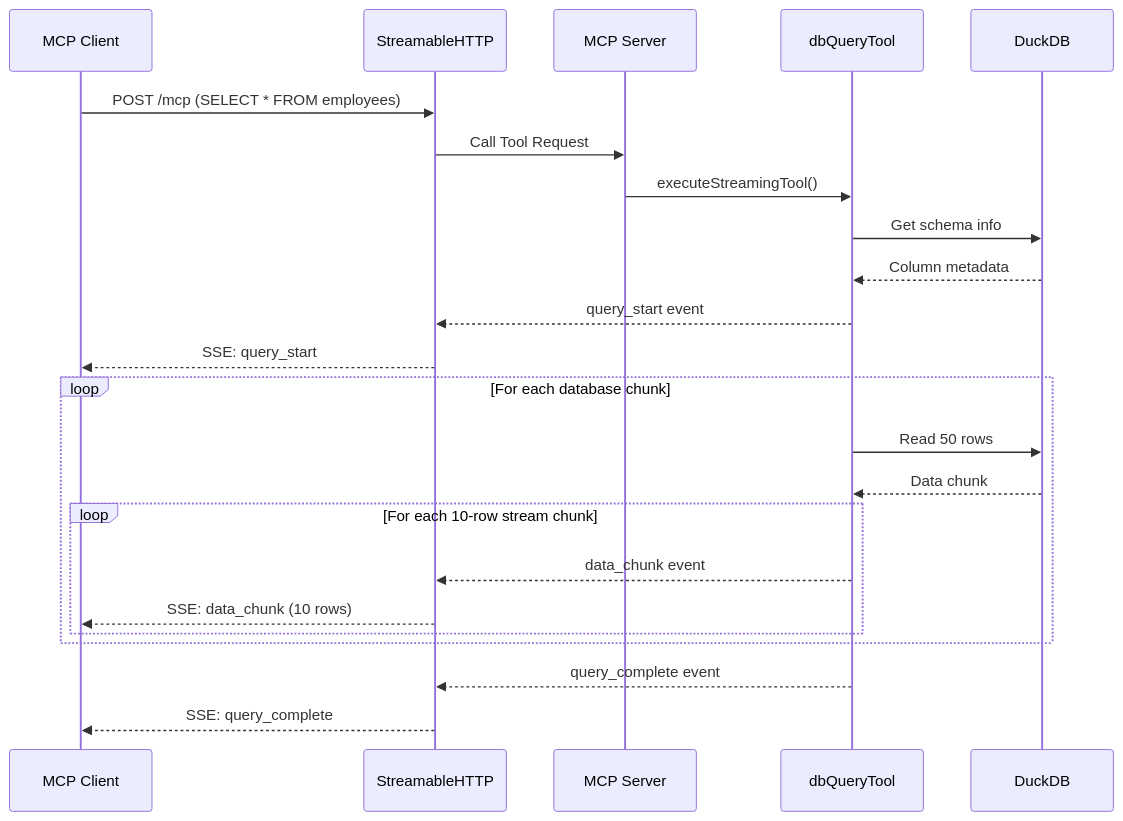
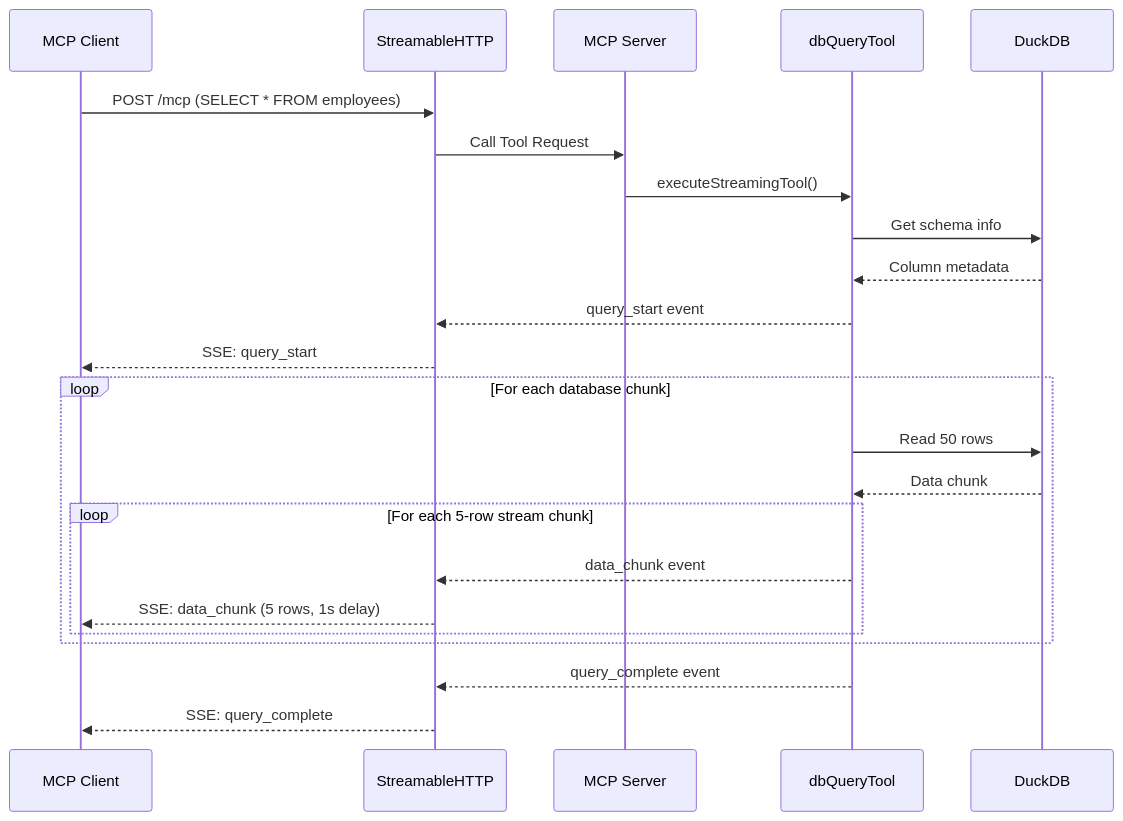
One commit to ayansasmal/mcp-streamable-example changed the fourth of 5 diagrams in README.md. Above: the diagram before and after it, drawn with Mermaid. The commit also changed other lines of this file, not shown here.

Commit message:
docs: update README.md to reflect correct streaming chunk size (5 rows) and 1-second delay per chunk, matching implementation

````diff
--- a/README.md
+++ b/README.md
@@ -111,30 +111,30 @@
 ```mermaid
 sequenceDiagram
     participant Client as MCP Client
     participant Transport as StreamableHTTP
     participant Server as MCP Server
     participant Tool as dbQueryTool
     participant DB as DuckDB
 
     Client->>Transport: POST /mcp (SELECT * FROM employees)
     Transport->>Server: Call Tool Request
     Server->>Tool: executeStreamingTool()
 
     Tool->>DB: Get schema info
     DB-->>Tool: Column metadata
     Tool-->>Transport: query_start event
     Transport-->>Client: SSE: query_start
 
     loop For each database chunk
         Tool->>DB: Read 50 rows
         DB-->>Tool: Data chunk
 
-        loop For each 10-row stream chunk
-            Tool-->>Transport: data_chunk event
-            Transport-->>Client: SSE: data_chunk (10 rows)
+    loop For each 5-row stream chunk
+      Tool-->>Transport: data_chunk event
+      Transport-->>Client: SSE: data_chunk (5 rows, 1s delay)
         end
     end
 
     Tool-->>Transport: query_complete event
     Transport-->>Client: SSE: query_complete
 ```
````
